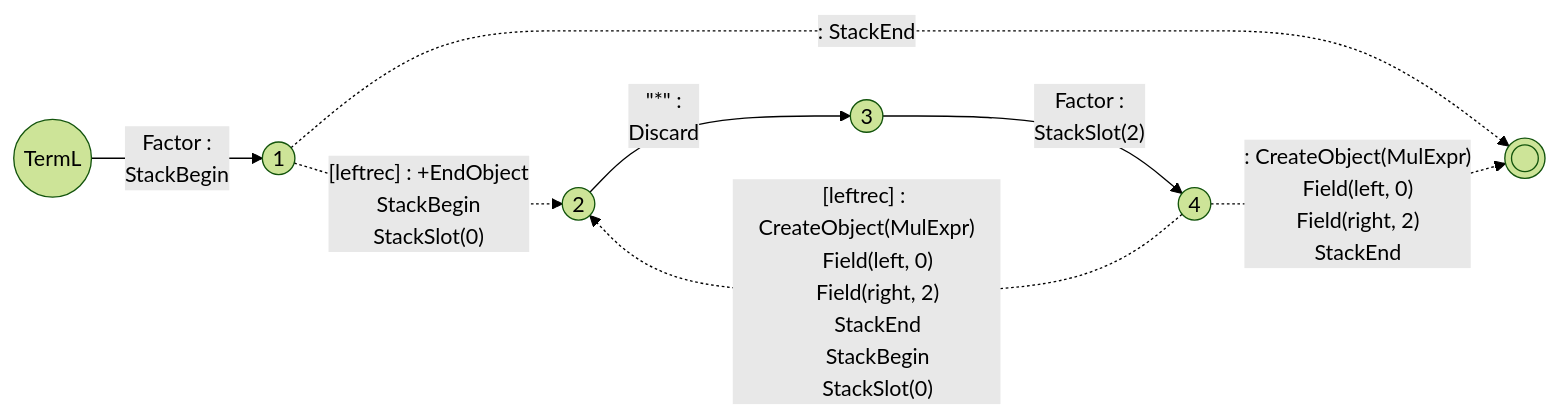
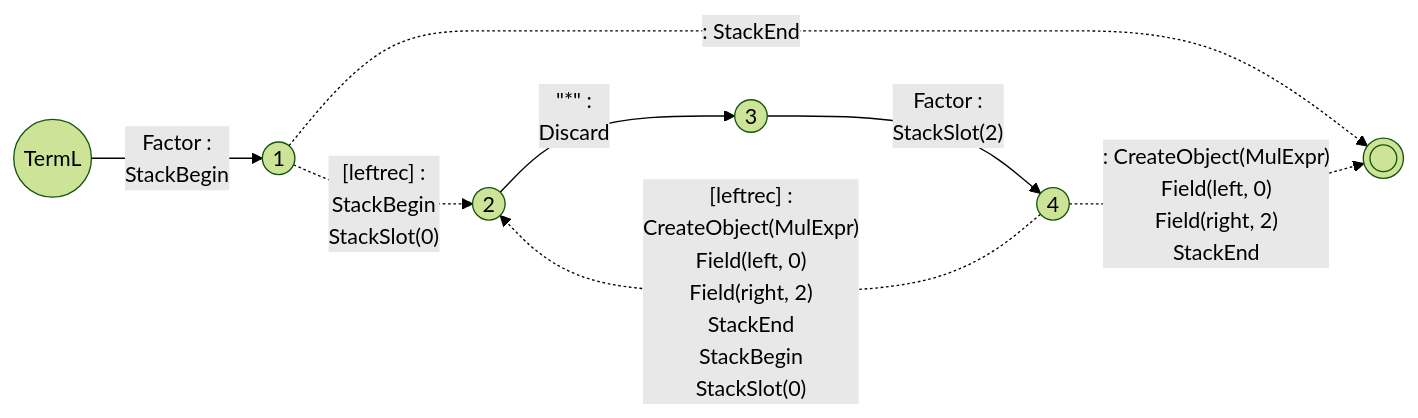
Before and after one commit to vczh-websites/vczh: diagram 21 of 21 in Blog/GLR-Refactoring/Mermaid.md, drawn with Mermaid (forest theme).

````diff
--- a/Blog/GLR-Refactoring/Mermaid.md
+++ b/Blog/GLR-Refactoring/Mermaid.md
@@ -571,23 +571,24 @@
 ```mermaid
 graph LR
   S((TermL))-- Factor :
     StackBegin --> 1
   1((1))-. : StackEnd .->E((( )))
   2((2))-- #quot;*#quot; :
     Discard --> 3
   3((3))-- Factor :
     StackSlot(2) --> 4
   4((4))-. : CreateObject(MulExpr)
     Field(left, 0)
     Field(right, 2)
     StackEnd .->E
-  1-. [leftrec] : +EndObject
+  1-. [leftrec] :
     StackBegin
     StackSlot(0) .->2
-  4-. [leftrec] : CreateObject(MulExpr)
+  4-. [leftrec] :
+    CreateObject(MulExpr)
     Field(left, 0)
     Field(right, 2)
     StackEnd
     StackBegin
     StackSlot(0) .->2
 ```
````
